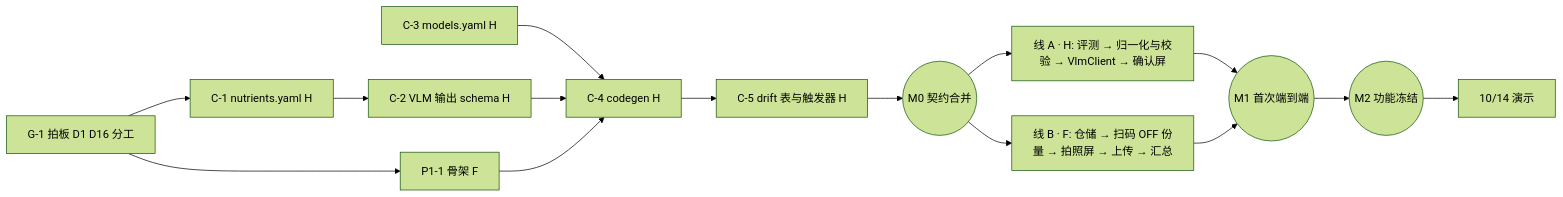
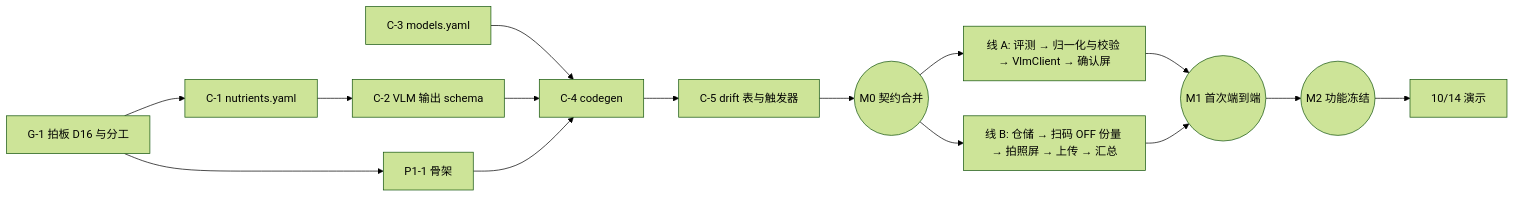
One commit to EatWell-Studio/NutriScan-MVP changed the diagram in docs/DEV_PLAN.md. Above: the diagram before and after it, drawn with Mermaid (forest theme). The commit also changed other lines of this file and 8 other files, not shown here.

````diff
--- a/docs/DEV_PLAN.md
+++ b/docs/DEV_PLAN.md
@@ -267,17 +295,17 @@
 ```mermaid
 flowchart LR
-  G1[G-1 拍板 D1 D16 分工] --> P11[P1-1 骨架 F]
-  G1 --> C1[C-1 nutrients.yaml H]
-  C1 --> C2[C-2 VLM 输出 schema H]
-  C3[C-3 models.yaml H] --> C4
-  C2 --> C4[C-4 codegen H]
+  G1[G-1 拍板 D16 与分工] --> P11[P1-1 骨架]
+  G1 --> C1[C-1 nutrients.yaml]
+  C1 --> C2[C-2 VLM 输出 schema]
+  C3[C-3 models.yaml] --> C4
+  C2 --> C4[C-4 codegen]
   P11 --> C4
-  C4 --> C5[C-5 drift 表与触发器 H]
+  C4 --> C5[C-5 drift 表与触发器]
   C5 --> M0((M0 契约合并))
-  M0 --> A[线 A · H: 评测 → 归一化与校验 → VlmClient → 确认屏]
-  M0 --> B[线 B · F: 仓储 → 扫码 OFF 份量 → 拍照屏 → 上传 → 汇总]
+  M0 --> A[线 A: 评测 → 归一化与校验 → VlmClient → 确认屏]
+  M0 --> B[线 B: 仓储 → 扫码 OFF 份量 → 拍照屏 → 上传 → 汇总]
   A --> M1((M1 首次端到端))
   B --> M1
   M1 --> M2((M2 功能冻结))
   M2 --> D[10/14 演示]
 ```
````
